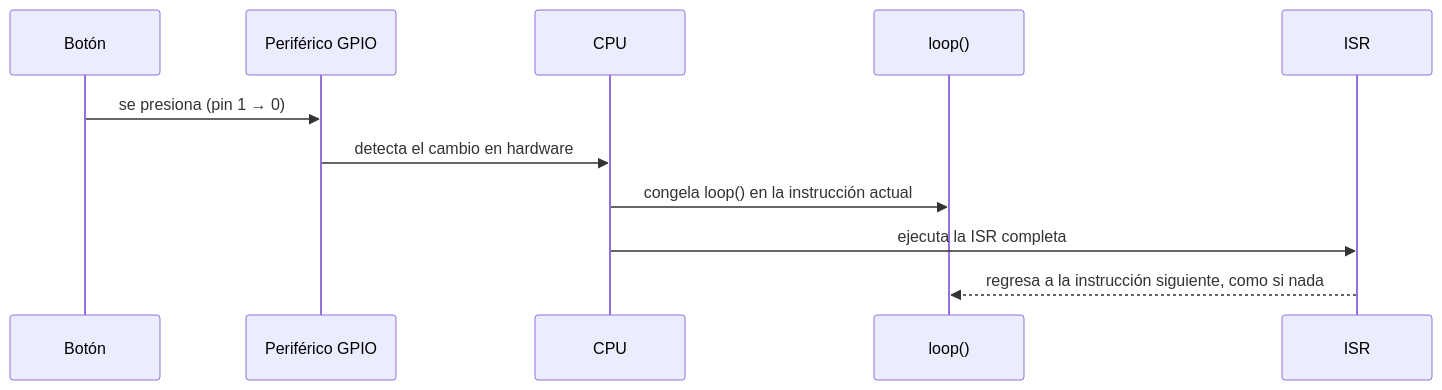
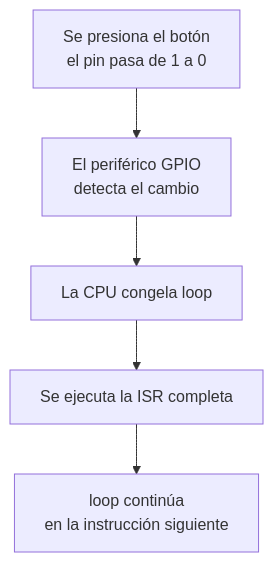
One commit to AlejandroTatum/sistemas-digitales-unl changed the second of 9 diagrams in unidad-1/apuntes/06-interrupciones-externas.md. Above: the diagram before and after it, drawn with Mermaid. The commit also changed other lines of this file and 16 other files, not shown here.

````diff
--- a/unidad-1/apuntes/06-interrupciones-externas.md
+++ b/unidad-1/apuntes/06-interrupciones-externas.md
@@ -48,13 +46,7 @@
 ```mermaid
-sequenceDiagram
-    participant B as Botón
-    participant G as Periférico GPIO
-    participant C as CPU
-    participant L as loop()
-    participant I as ISR
-    B->>G: se presiona (pin 1 → 0)
-    G->>C: detecta el cambio en hardware
-    C->>L: congela loop() en la instrucción actual
-    C->>I: ejecuta la ISR completa
-    I-->>L: regresa a la instrucción siguiente, como si nada
+flowchart TD
+    A["Se presiona el botón<br/>el pin pasa de 1 a 0"] --> B["El periférico GPIO<br/>detecta el cambio"]
+    B --> C["La CPU congela loop"]
+    C --> D["Se ejecuta la ISR completa"]
+    D --> E["loop continúa<br/>en la instrucción siguiente"]
 ```
````
